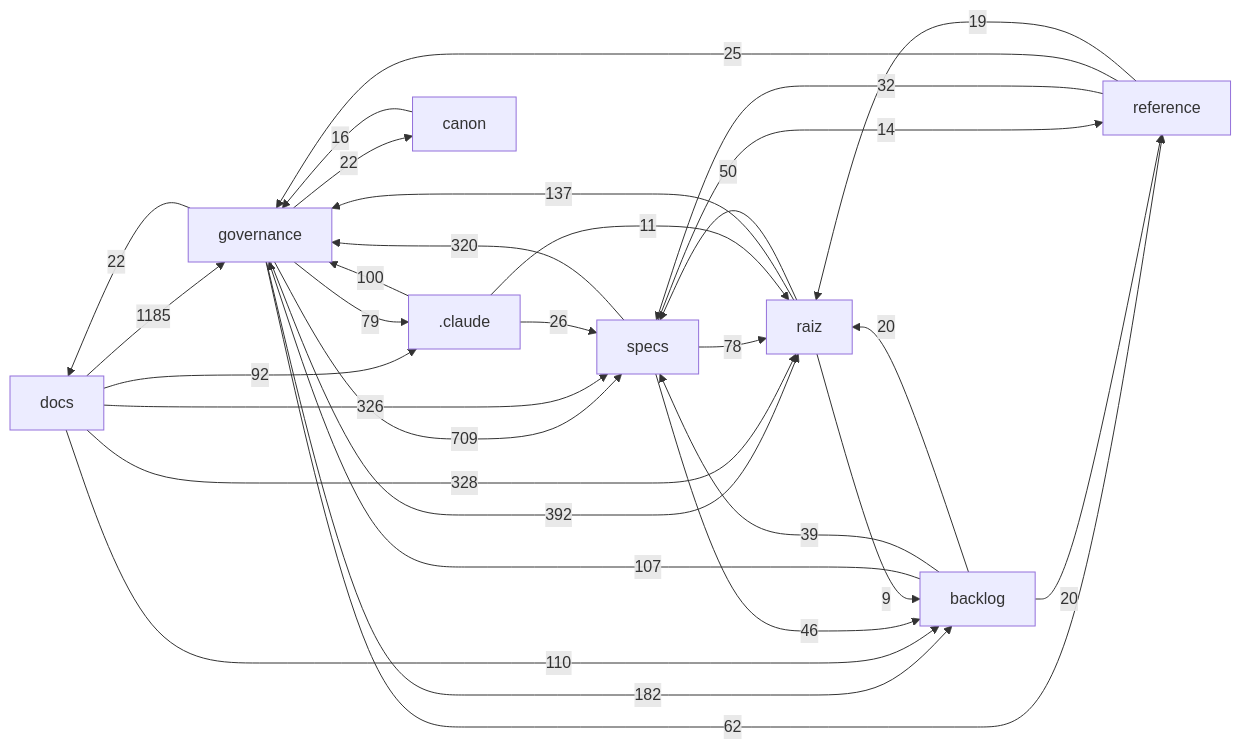
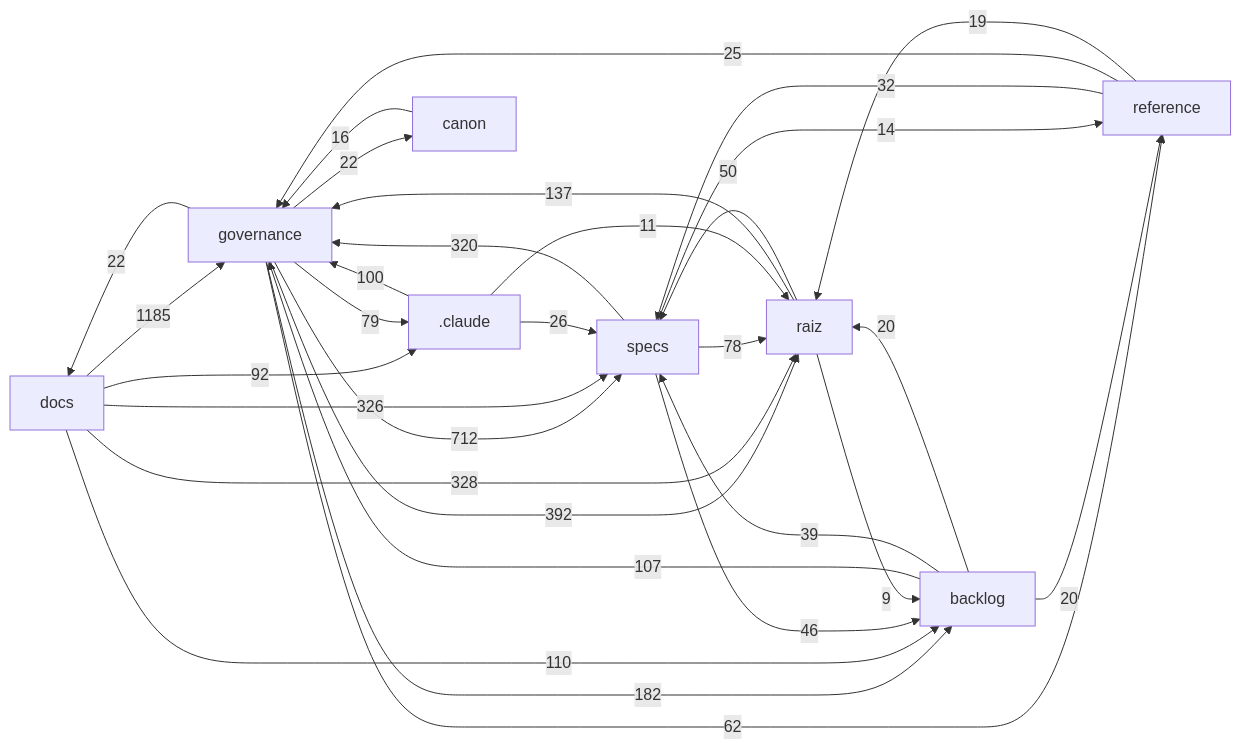
One commit to Andraus35/Sistema-Operacional-de-Trading--SOT changed the diagram in docs/mapa/MAPA-PROJETO.md. Above: the diagram before and after it, drawn with Mermaid. The commit also changed other lines of this file and 2 other files, not shown here.

````diff
--- a/docs/mapa/MAPA-PROJETO.md
+++ b/docs/mapa/MAPA-PROJETO.md
@@ -29,33 +29,33 @@
 ```mermaid
 flowchart LR
   docs["docs"] -->|1185| governance["governance"]
-  governance["governance"] -->|709| specs["specs"]
+  governance["governance"] -->|712| specs["specs"]
   governance["governance"] -->|392| raiz["raiz"]
   docs["docs"] -->|328| raiz["raiz"]
   docs["docs"] -->|326| specs["specs"]
   specs["specs"] -->|320| governance["governance"]
   governance["governance"] -->|182| backlog["backlog"]
   raiz["raiz"] -->|137| governance["governance"]
   docs["docs"] -->|110| backlog["backlog"]
   backlog["backlog"] -->|107| governance["governance"]
   _claude[".claude"] -->|100| governance["governance"]
   docs["docs"] -->|92| _claude[".claude"]
   governance["governance"] -->|79| _claude[".claude"]
   specs["specs"] -->|78| raiz["raiz"]
   governance["governance"] -->|62| reference["reference"]
   raiz["raiz"] -->|50| specs["specs"]
   specs["specs"] -->|46| backlog["backlog"]
   backlog["backlog"] -->|39| specs["specs"]
   reference["reference"] -->|32| specs["specs"]
   _claude[".claude"] -->|26| specs["specs"]
   reference["reference"] -->|25| governance["governance"]
   governance["governance"] -->|22| docs["docs"]
   governance["governance"] -->|22| canon["canon"]
   backlog["backlog"] -->|20| raiz["raiz"]
   backlog["backlog"] -->|20| reference["reference"]
   reference["reference"] -->|19| raiz["raiz"]
   canon["canon"] -->|16| governance["governance"]
   specs["specs"] -->|14| reference["reference"]
   _claude[".claude"] -->|11| raiz["raiz"]
   raiz["raiz"] -->|9| backlog["backlog"]
 ```
````
